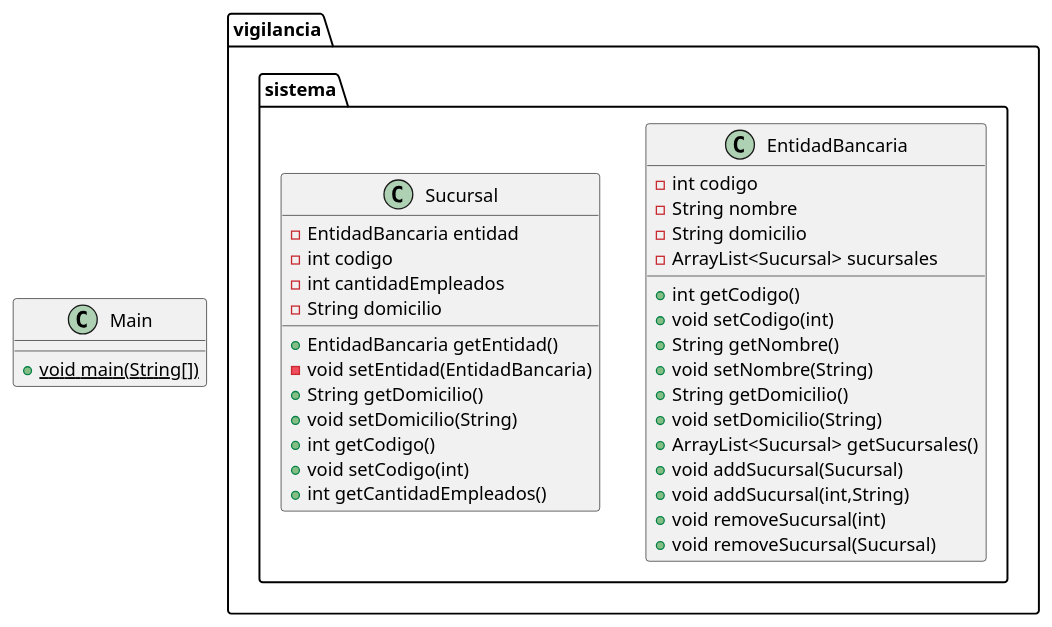
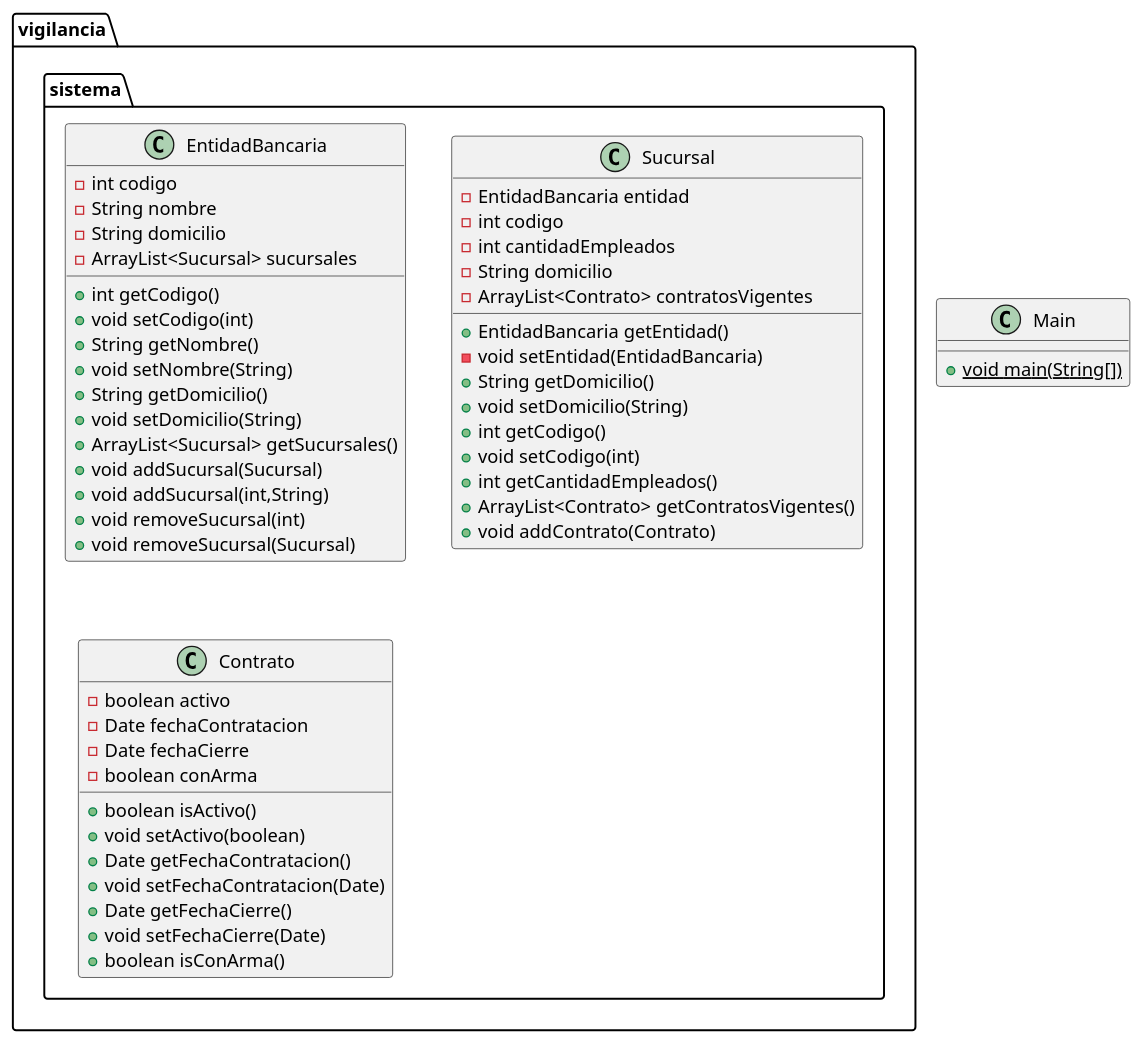
Before and after one commit to davinci-as/SistemaSucursales: the diagram in class_diagram.puml, drawn with PlantUML. The commit also changed 1 other file, not shown here.

Commit message:
docs: actualizar diagrama de clases

```diff
--- a/class_diagram.puml
+++ b/class_diagram.puml
@@ -1,40 +1,58 @@
 @startuml
 class vigilancia.sistema.EntidadBancaria {
 - int codigo
 - String nombre
 - String domicilio
 - ArrayList<Sucursal> sucursales
 + int getCodigo()
 + void setCodigo(int)
 + String getNombre()
 + void setNombre(String)
 + String getDomicilio()
 + void setDomicilio(String)
 + ArrayList<Sucursal> getSucursales()
 + void addSucursal(Sucursal)
 + void addSucursal(int,String)
 + void removeSucursal(int)
 + void removeSucursal(Sucursal)
 }
 
 
 class vigilancia.sistema.Sucursal {
 - EntidadBancaria entidad
 - int codigo
 - int cantidadEmpleados
 - String domicilio
+- ArrayList<Contrato> contratosVigentes
 + EntidadBancaria getEntidad()
 - void setEntidad(EntidadBancaria)
 + String getDomicilio()
 + void setDomicilio(String)
 + int getCodigo()
 + void setCodigo(int)
 + int getCantidadEmpleados()
++ ArrayList<Contrato> getContratosVigentes()
++ void addContrato(Contrato)
+}
+
+
+class vigilancia.sistema.Contrato {
+- boolean activo
+- Date fechaContratacion
+- Date fechaCierre
+- boolean conArma
++ boolean isActivo()
++ void setActivo(boolean)
++ Date getFechaContratacion()
++ void setFechaContratacion(Date)
++ Date getFechaCierre()
++ void setFechaCierre(Date)
++ boolean isConArma()
 }
 
 
 class Main {
 + {static} void main(String[])
 }
 
 @enduml
```
